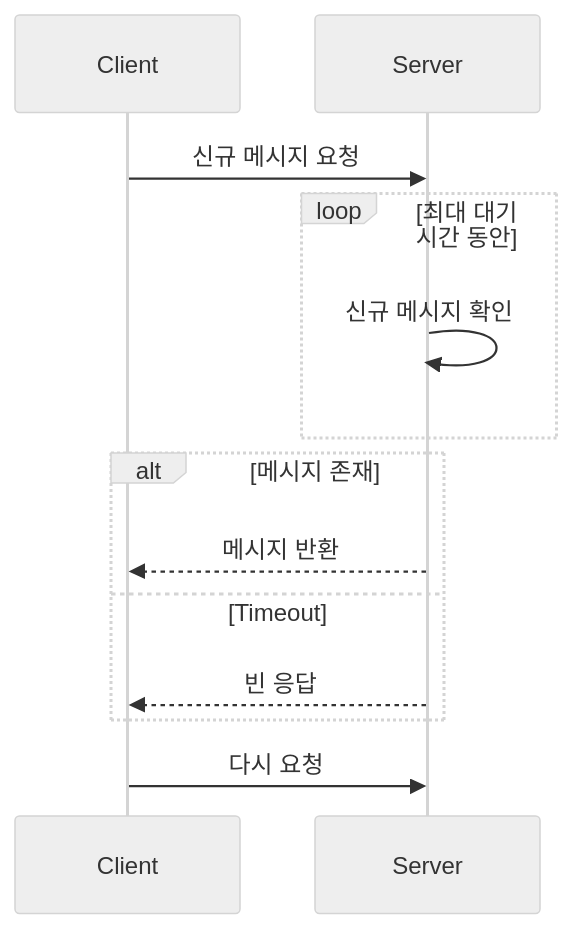
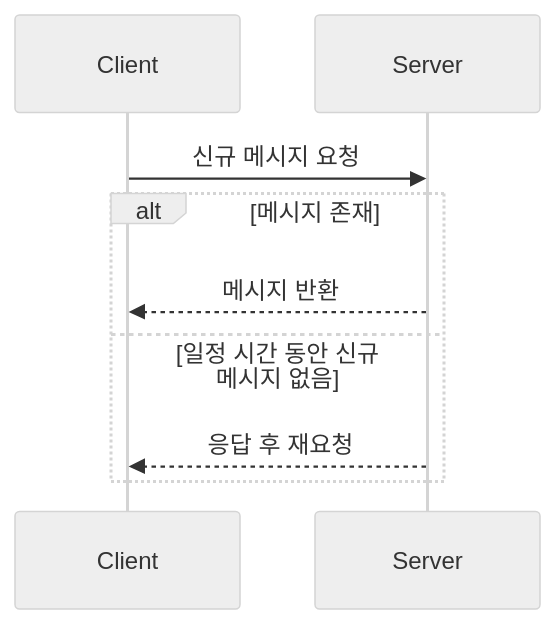
The fourth of 7 diagrams in README.md (clainyun/caring-showcase), drawn with Mermaid (neutral theme) before and after one commit. The commit also changed other lines of this file, not shown here.

````diff
--- a/README.md
+++ b/README.md
@@ -525,15 +510,13 @@
 ```mermaid
 sequenceDiagram
     participant C as Client
     participant S as Server
+
     C->>S: 신규 메시지 요청
-    loop 최대 대기 시간 동안
-        S->>S: 신규 메시지 확인
-    end
+
     alt 메시지 존재
         S-->>C: 메시지 반환
-    else Timeout
-        S-->>C: 빈 응답
+    else 일정 시간 동안 신규 메시지 없음
+        S-->>C: 응답 후 재요청
     end
-    C->>S: 다시 요청
 ```
````
